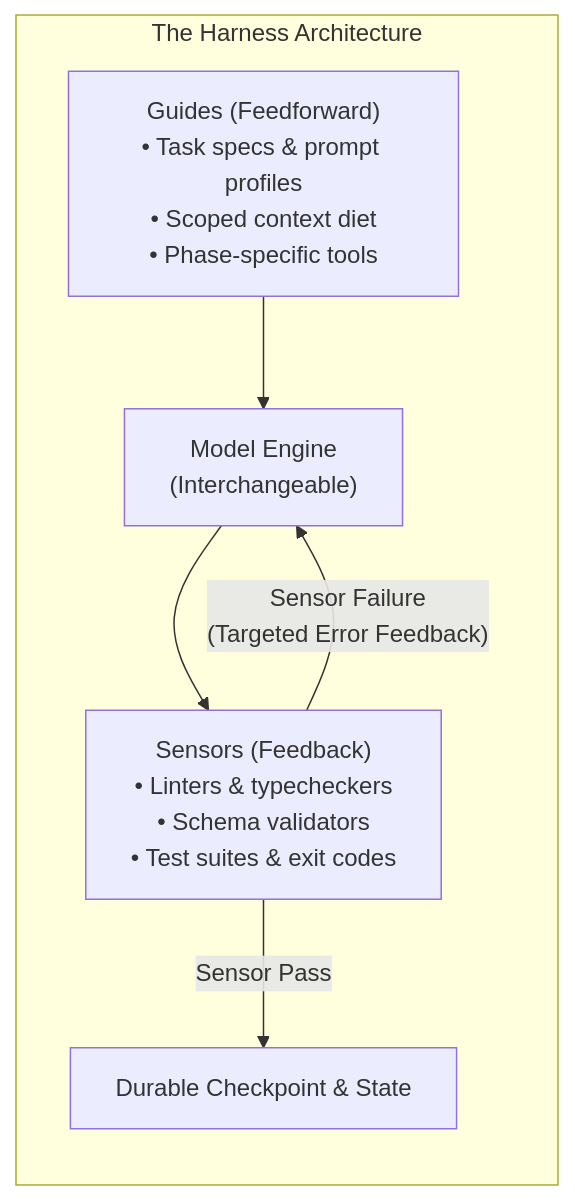
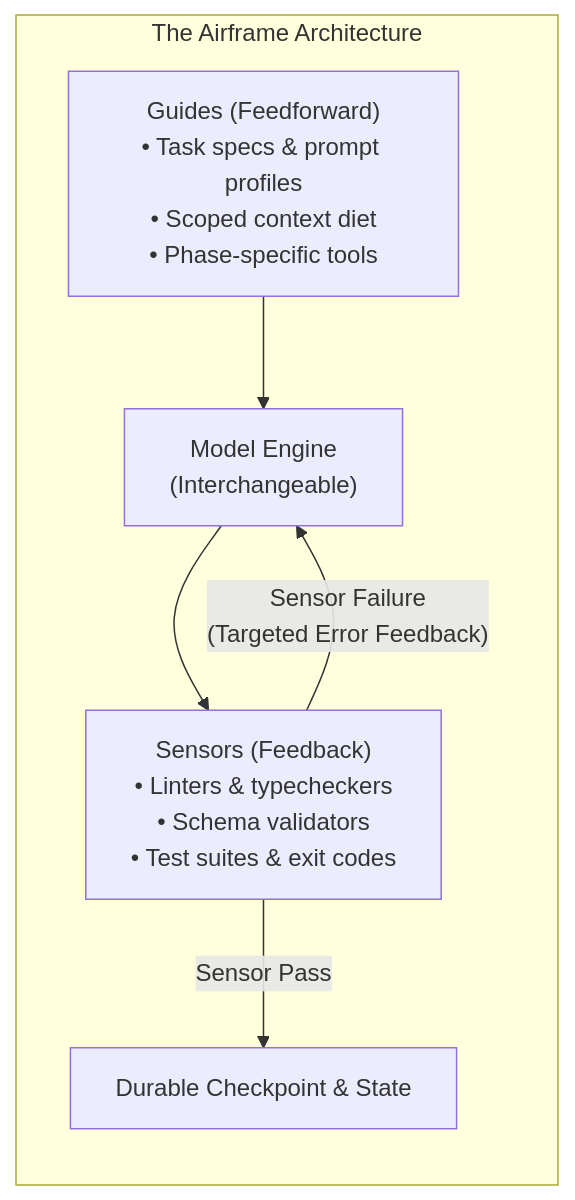
One commit to write2munish/airframe changed the diagram in REQUIREMENTS.md. Above: the diagram before and after it, drawn with Mermaid. The commit also changed other lines of this file and 1 other file, not shown here.

Commit message:
chore: rebrand project to Airframe (airframe)

````diff
--- a/REQUIREMENTS.md
+++ b/REQUIREMENTS.md
@@ -18,11 +18,11 @@
 ```mermaid
 flowchart LR
-    subgraph Harness["The Harness Architecture"]
+    subgraph Airframe["The Airframe Architecture"]
         direction TB
         G["Guides (Feedforward)\n• Task specs & prompt profiles\n• Scoped context diet\n• Phase-specific tools"]
         --> M["Model Engine\n(Interchangeable)"]
         --> S["Sensors (Feedback)\n• Linters & typecheckers\n• Schema validators\n• Test suites & exit codes"]
         S -- "Sensor Failure\n(Targeted Error Feedback)" --> M
         S -- "Sensor Pass" --> C["Durable Checkpoint & State"]
     end
 ```
````
